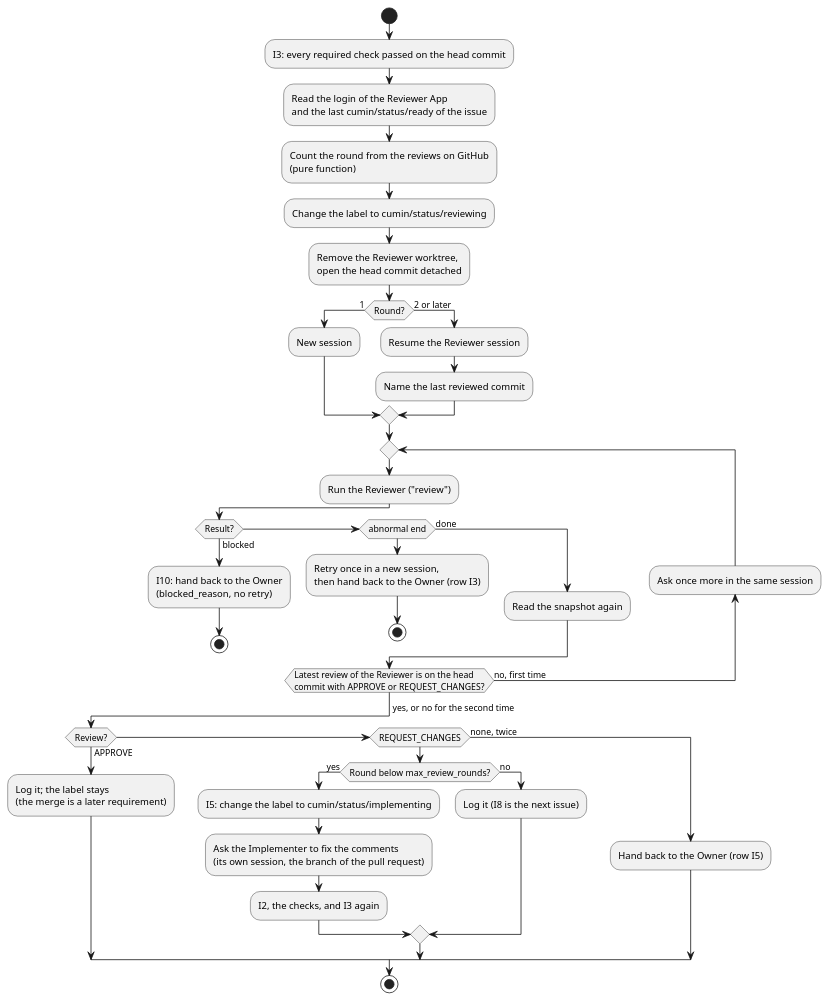
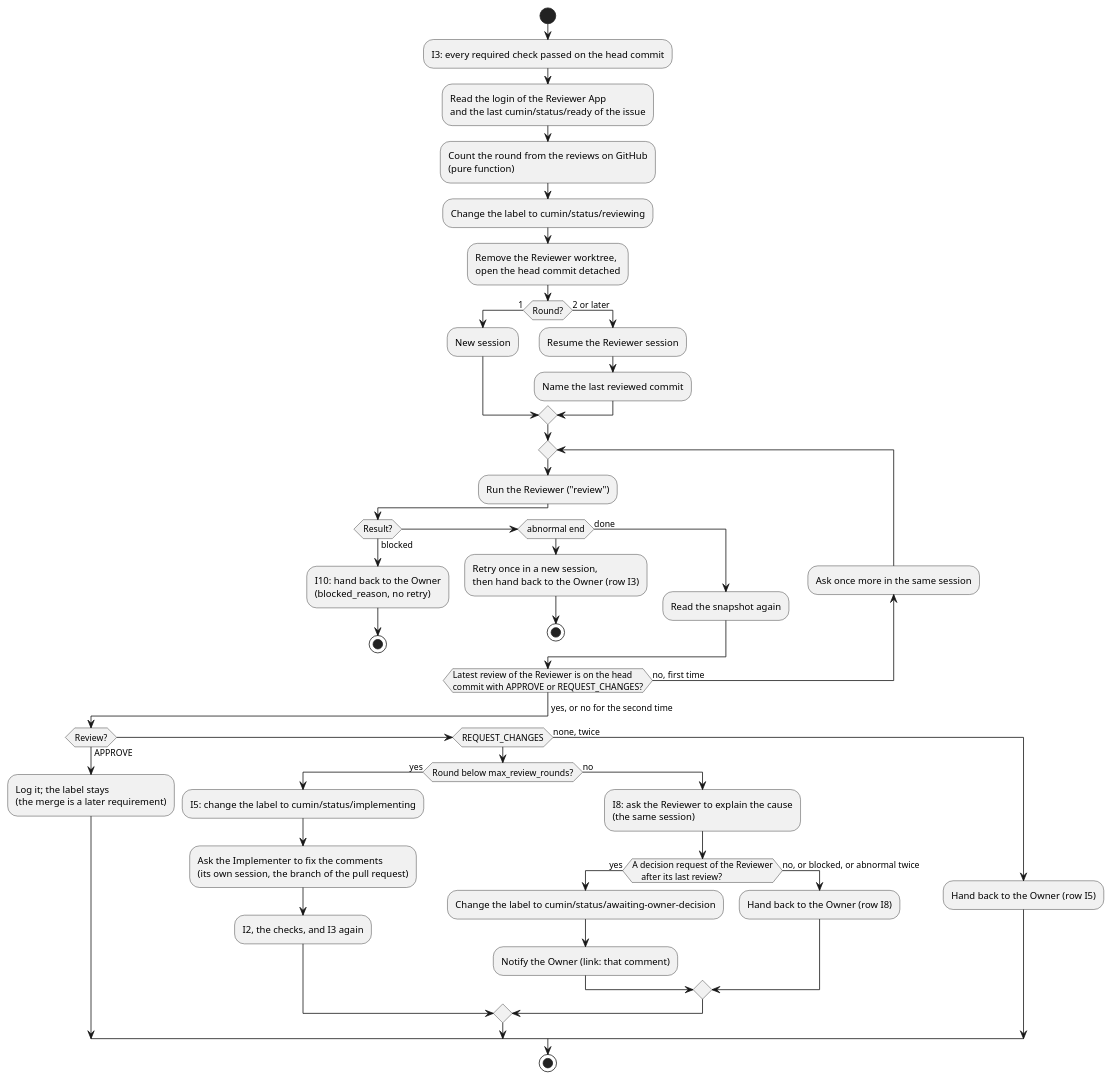
One commit to cloveclovedev/cumin-works changed the diagram in docs/ja/designs/poll-review.puml. Above: the diagram before and after it, drawn with PlantUML. The commit also changed 13 other files, not shown here.

First line of the commit message:
feat(workflow): ask the Reviewer to explain the cause at the round limit and stop for the Owner (I8) (#262)

```diff
--- a/docs/ja/designs/poll-review.puml
+++ b/docs/ja/designs/poll-review.puml
@@ -1,56 +1,64 @@
 @startuml poll-review
-' cumin works - the Reviewer request (I3), the check of its review after the run, and I10.
+' cumin works - the Reviewer request (I3), the check of its review after the run, I5, I8, and I10.
 ' Document: poll.md, section on the Reviewer request.
 ' Render: run scripts/render-diagrams.sh at the root of the repository.
 skinparam shadowing false
 skinparam defaultFontName sans-serif
 
 start
 :I3: every required check passed on the head commit;
 :Read the login of the Reviewer App
 and the last cumin/status/ready of the issue;
 :Count the round from the reviews on GitHub
 (pure function);
 :Change the label to cumin/status/reviewing;
 :Remove the Reviewer worktree,
 open the head commit detached;
 if (Round?) then (1)
   :New session;
 else (2 or later)
   :Resume the Reviewer session;
   :Name the last reviewed commit;
 endif
 repeat
   :Run the Reviewer ("review");
   if (Result?) then (blocked)
     :I10: hand back to the Owner
     (blocked_reason, no retry);
     stop
   elseif (abnormal end) then
     :Retry once in a new session,
     then hand back to the Owner (row I3);
     stop
   else (done)
     :Read the snapshot again;
   endif
   backward:Ask once more in the same session;
 repeat while (Latest review of the Reviewer is on the head
 commit with APPROVE or REQUEST_CHANGES?) is (no, first time)
 ->yes, or no for the second time;
 if (Review?) then (APPROVE)
   :Log it; the label stays
   (the merge is a later requirement);
 elseif (REQUEST_CHANGES) then
   if (Round below max_review_rounds?) then (yes)
     :I5: change the label to cumin/status/implementing;
     :Ask the Implementer to fix the comments
     (its own session, the branch of the pull request);
     :I2, the checks, and I3 again;
   else (no)
-    :Log it (I8 is the next issue);
+    :I8: ask the Reviewer to explain the cause
+    (the same session);
+    if (A decision request of the Reviewer
+    after its last review?) then (yes)
+      :Change the label to cumin/status/awaiting-owner-decision;
+      :Notify the Owner (link: that comment);
+    else (no, or blocked, or abnormal twice)
+      :Hand back to the Owner (row I8);
+    endif
   endif
 else (none, twice)
   :Hand back to the Owner (row I5);
 endif
 stop
 @enduml
```
